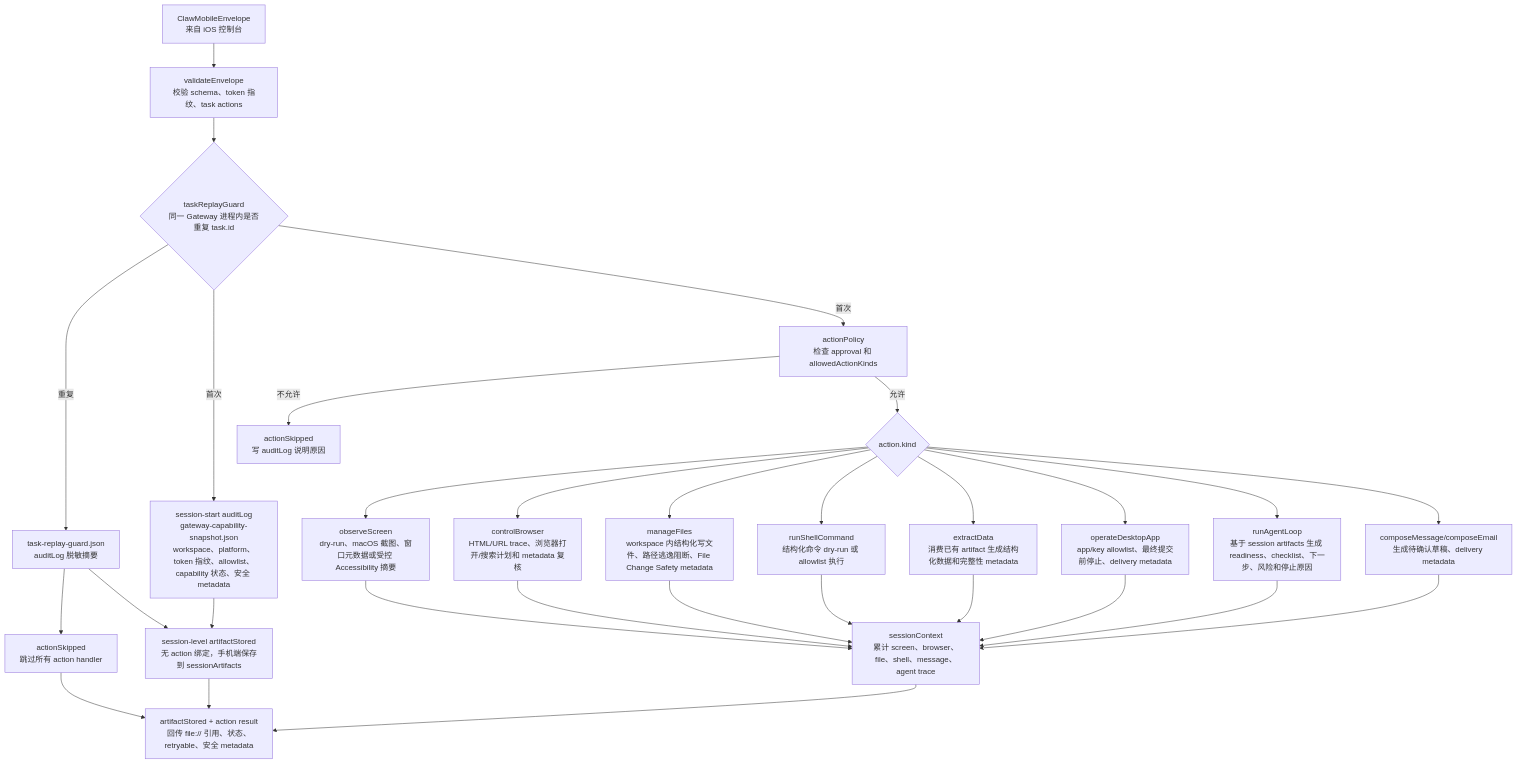
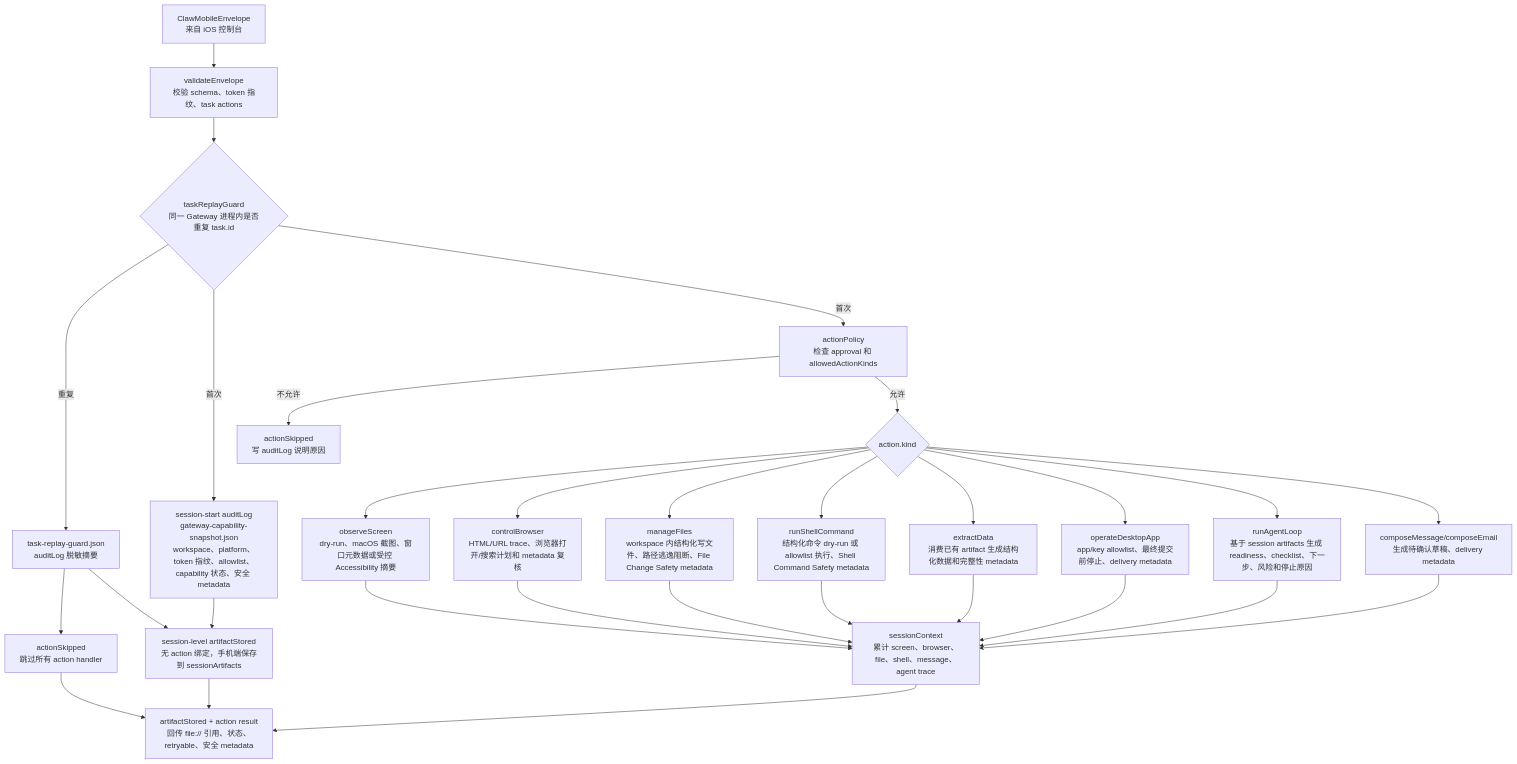
One commit to Altman-sam114/115 changed the second of 3 diagrams in md/flow/flowchart.md. Above: the diagram before and after it, drawn with Mermaid. The commit also changed other lines of this file and 15 other files, not shown here.

````diff
--- a/md/flow/flowchart.md
+++ b/md/flow/flowchart.md
@@ -72,32 +74,32 @@
 ```mermaid
 flowchart TD
   ENV["ClawMobileEnvelope<br/>来自 iOS 控制台"] --> VAL["validateEnvelope<br/>校验 schema、token 指纹、task actions"]
   VAL --> REPLAY{"taskReplayGuard<br/>同一 Gateway 进程内是否重复 task.id"}
   REPLAY -->|"重复"| RG["task-replay-guard.json<br/>auditLog 脱敏摘要"]
   RG --> RGS["actionSkipped<br/>跳过所有 action handler"]
   RG --> SOUT
   RGS --> OUT
   REPLAY -->|"首次"| SNAP["session-start auditLog<br/>gateway-capability-snapshot.json<br/>workspace、platform、token 指纹、allowlist、capability 状态、安全 metadata"]
   REPLAY -->|"首次"| POL["actionPolicy<br/>检查 approval 和 allowedActionKinds"]
   POL -->|不允许| SKIP["actionSkipped<br/>写 auditLog 说明原因"]
   POL -->|允许| KIND{"action.kind"}
   KIND --> OBS["observeScreen<br/>dry-run、macOS 截图、窗口元数据或受控 Accessibility 摘要"]
   KIND --> BRO["controlBrowser<br/>HTML/URL trace、浏览器打开/搜索计划和 metadata 复核"]
   KIND --> FILE["manageFiles<br/>workspace 内结构化写文件、路径逃逸阻断、File Change Safety metadata"]
-  KIND --> SH["runShellCommand<br/>结构化命令 dry-run 或 allowlist 执行"]
+  KIND --> SH["runShellCommand<br/>结构化命令 dry-run 或 allowlist 执行、Shell Command Safety metadata"]
   KIND --> EXT["extractData<br/>消费已有 artifact 生成结构化数据和完整性 metadata"]
   KIND --> APP["operateDesktopApp<br/>app/key allowlist、最终提交前停止、delivery metadata"]
   KIND --> AG["runAgentLoop<br/>基于 session artifacts 生成 readiness、checklist、下一步、风险和停止原因"]
   KIND --> MSG["composeMessage/composeEmail<br/>生成待确认草稿、delivery metadata"]
   OBS --> CTX["sessionContext<br/>累计 screen、browser、file、shell、message、agent trace"]
   BRO --> CTX
   FILE --> CTX
   SH --> CTX
   EXT --> CTX
   APP --> CTX
   AG --> CTX
   MSG --> CTX
   SNAP --> SOUT["session-level artifactStored<br/>无 action 绑定，手机端保存到 sessionArtifacts"]
   CTX --> OUT["artifactStored + action result<br/>回传 file:// 引用、状态、retryable、安全 metadata"]
   SOUT --> OUT
 ```
````
